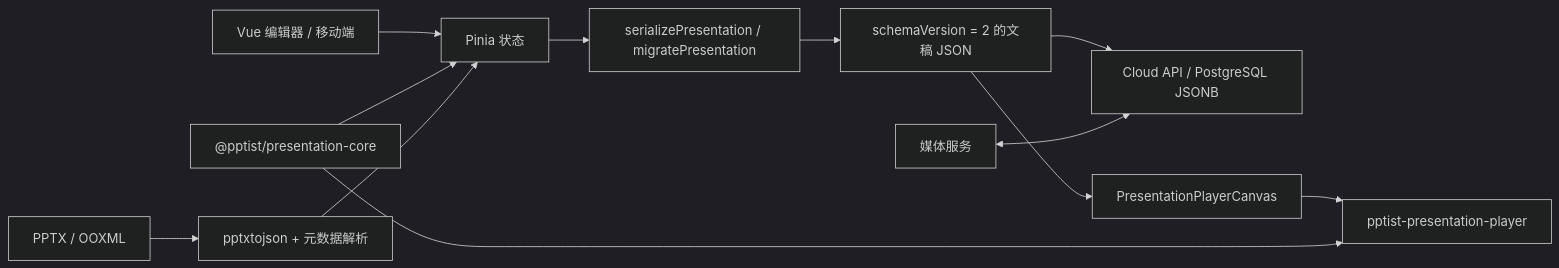
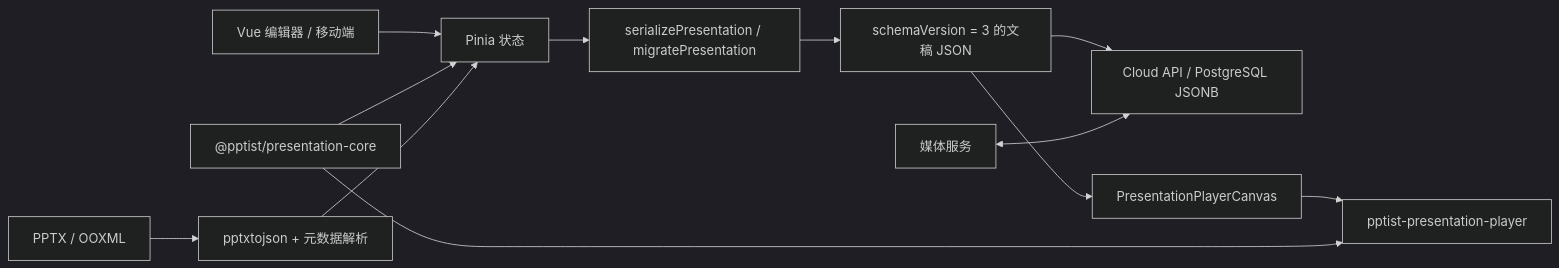
One commit to alien1484929973-max/PPTist changed the diagram in docs/development-guide.md. Above: the diagram before and after it, drawn with Mermaid (dark theme). The commit also changed other lines of this file and 51 other files, not shown here.

````diff
--- a/docs/development-guide.md
+++ b/docs/development-guide.md
@@ -22,14 +22,14 @@
 ```mermaid
 flowchart LR
   UI["Vue 编辑器 / 移动端"] --> Store["Pinia 状态"]
   Store --> Serialize["serializePresentation / migratePresentation"]
-  Serialize --> JSON["schemaVersion = 2 的文稿 JSON"]
+  Serialize --> JSON["schemaVersion = 3 的文稿 JSON"]
   JSON --> Cloud["Cloud API / PostgreSQL JSONB"]
   JSON --> Adapter["PresentationPlayerCanvas"]
   Adapter --> Player["pptist-presentation-player"]
   Core["@pptist/presentation-core"] --> Store
   Core --> Player
   PPTX["PPTX / OOXML"] --> Import["pptxtojson + 元数据解析"]
   Import --> Store
   Media["媒体服务"] <--> Cloud
 ```
````
